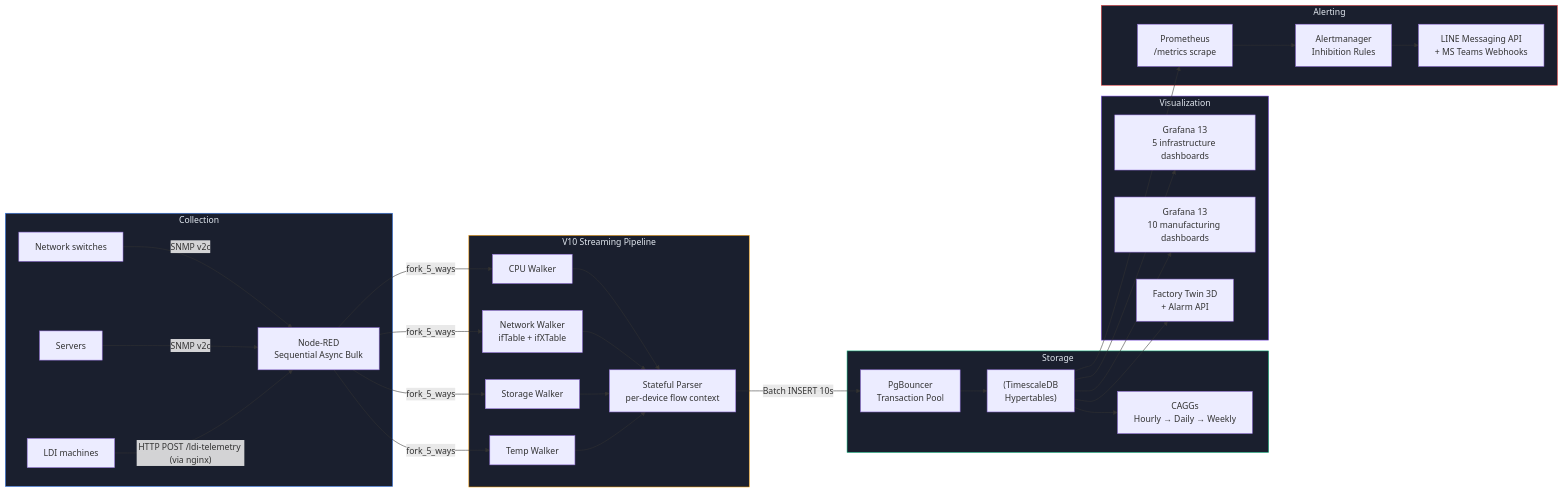
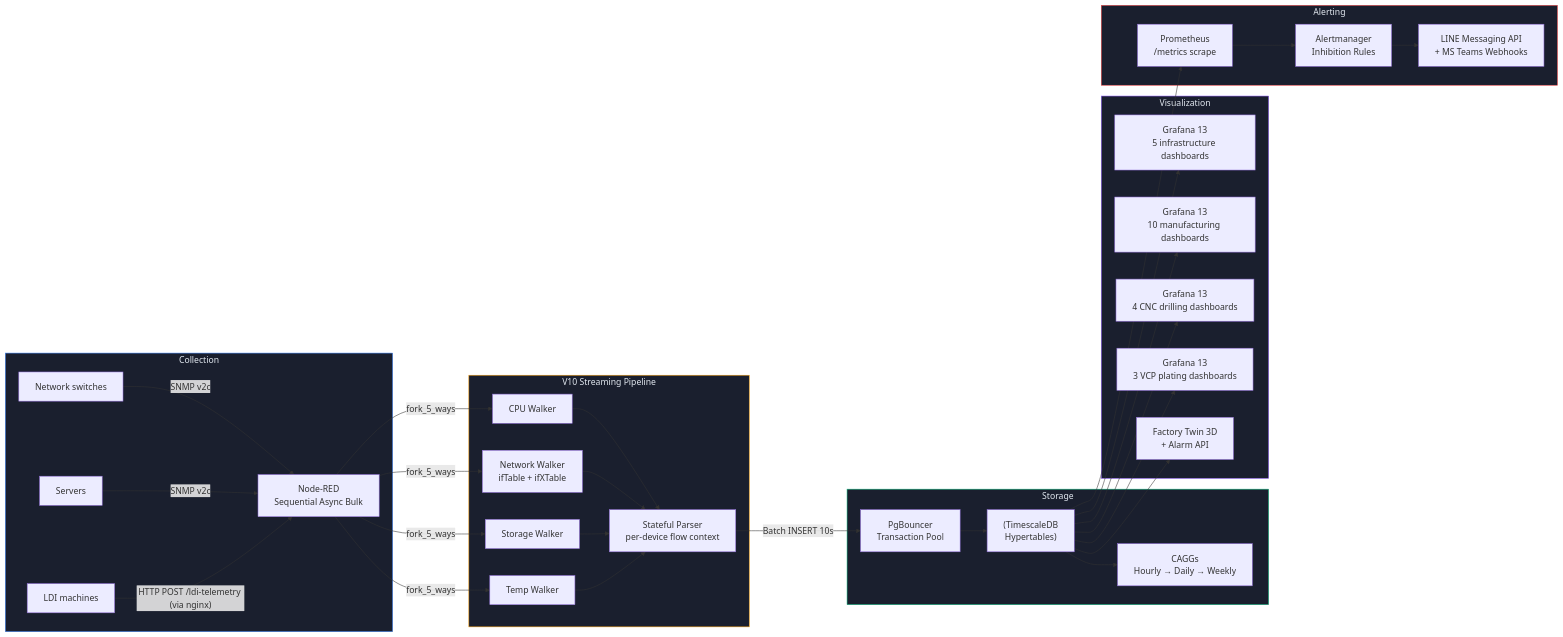
One commit to PATTANAKORN025/IMS changed the diagram in README.md. Above: the diagram before and after it, drawn with Mermaid. The commit also changed other lines of this file and 2 other files, not shown here.

````diff
--- a/README.md
+++ b/README.md
@@ -229,43 +229,45 @@
 ```mermaid
 flowchart LR
   subgraph Collection ["Collection"]
     J["Network switches"] -->|SNMP v2c| W["Node-RED\nSequential Async Bulk"]
     S["Servers"] -->|SNMP v2c| W
     L["LDI machines"] -->|"HTTP POST /ldi-telemetry (via nginx)"| W
   end
 
   subgraph Processing ["V10 Streaming Pipeline"]
     W -->|fork_5_ways| CPU[CPU Walker]
     W -->|fork_5_ways| NET["Network Walker\nifTable + ifXTable"]
     W -->|fork_5_ways| STO[Storage Walker]
     W -->|fork_5_ways| TMP[Temp Walker]
     CPU --> P["Stateful Parser\nper-device flow context"]
     NET --> P
     STO --> P
     TMP --> P
   end
 
   subgraph Storage ["Storage"]
     P -->|Batch INSERT 10s| B["PgBouncer\nTransaction Pool"]
     B --> T["(TimescaleDB\nHypertables)"]
     T --> CAGG["CAGGs\nHourly → Daily → Weekly"]
   end
 
   subgraph Visualization ["Visualization"]
     T --> G1["Grafana 13\n5 infrastructure dashboards"]
     T --> G2["Grafana 13\n10 manufacturing dashboards"]
+    T --> G3["Grafana 13\n4 CNC drilling dashboards"]
+    T --> G4["Grafana 13\n3 VCP plating dashboards"]
     T --> FT["Factory Twin 3D\n+ Alarm API"]
   end
 
   subgraph Alerting ["Alerting"]
     T --> PR["Prometheus\n/metrics scrape"]
     PR --> AM["Alertmanager\nInhibition Rules"]
     AM --> WEB["LINE Messaging API\n+ MS Teams Webhooks"]
   end
 
   style Collection fill:#1a1f2e,stroke:#3B82F6,color:#e2e8f0
   style Processing fill:#1a1f2e,stroke:#F59E0B,color:#e2e8f0
   style Storage fill:#1a1f2e,stroke:#10B981,color:#e2e8f0
   style Visualization fill:#1a1f2e,stroke:#8B5CF6,color:#e2e8f0
   style Alerting fill:#1a1f2e,stroke:#EF4444,color:#e2e8f0
 ```
````
